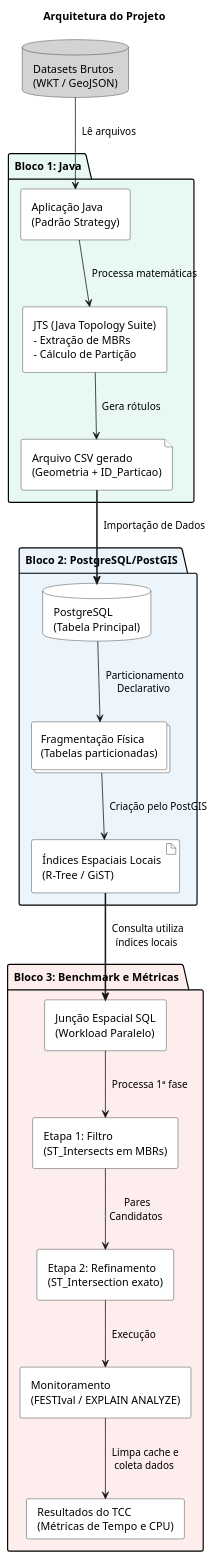
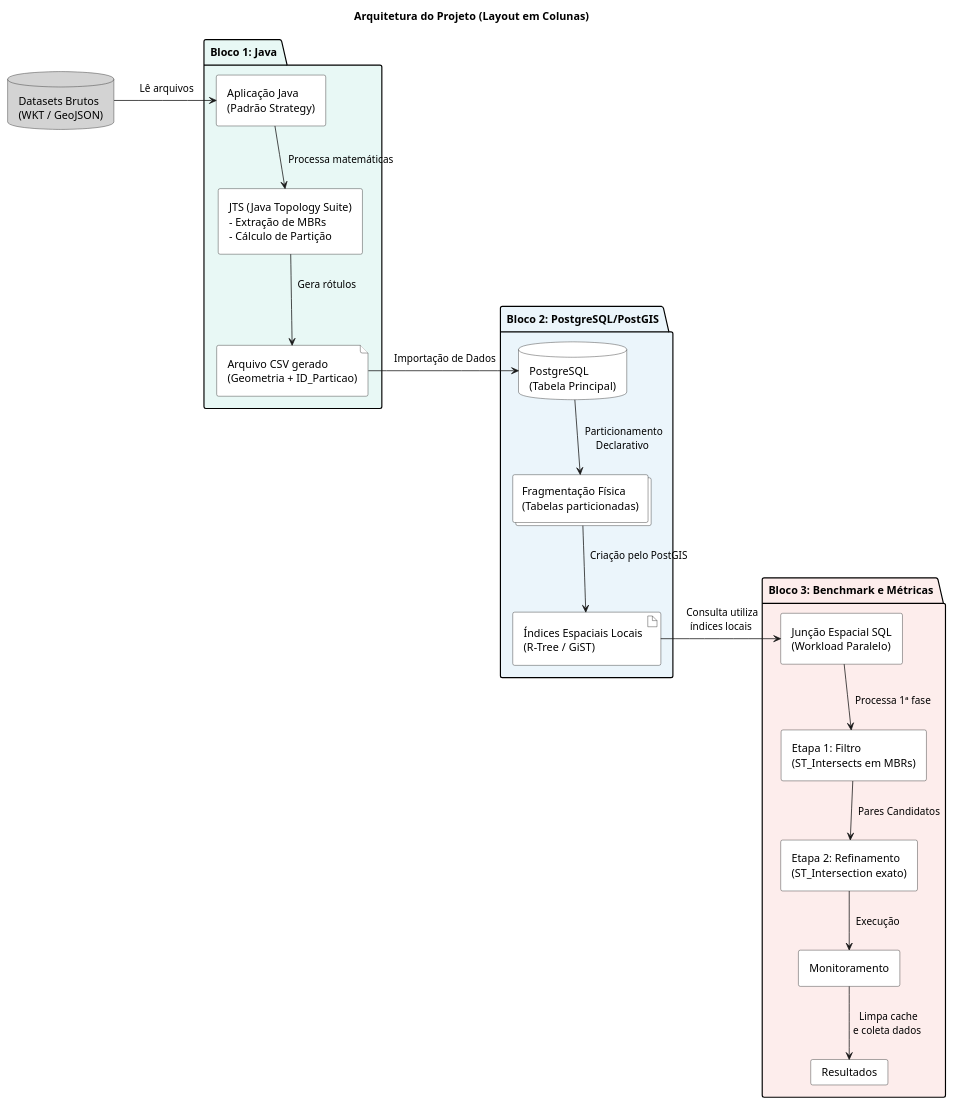
Before and after one commit to papatrock/tcc: the diagram in diagrama.puml, drawn with PlantUML.

Commit message:
atualiza diagrama

```diff
--- a/diagrama.puml
+++ b/diagrama.puml
@@ -1,52 +1,54 @@
 @startuml
 skinparam componentStyle rectangle
 skinparam padding 4
-skinparam nodesep 60
-skinparam ranksep 60
+skinparam nodesep 50
+skinparam ranksep 50
 
-title Arquitetura do Projeto
+title Arquitetura do Projeto (Layout em Colunas)
 
 database "Datasets Brutos\n(WKT / GeoJSON)" as raw_data #LightGray
 
 package "Bloco 1: Java" #E8F8F5 {
     component "Aplicação Java\n(Padrão Strategy)" as java_app #White
     component "JTS (Java Topology Suite)\n- Extração de MBRs\n- Cálculo de Partição" as jts #White
     file "Arquivo CSV gerado\n(Geometria + ID_Particao)" as csv_out #White
 }
 
 package "Bloco 2: PostgreSQL/PostGIS" #EBF5FB {
     database "PostgreSQL\n(Tabela Principal)" as pg_main #White
     collections "Fragmentação Física\n(Tabelas particionadas)" as particoes #White
     artifact "Índices Espaciais Locais\n(R-Tree / GiST)" as indices #White
 }
 
 package "Bloco 3: Benchmark e Métricas" #FDEDEC {
     component "Junção Espacial SQL\n(Workload Paralelo)" as workload #White
     component "Etapa 1: Filtro\n(ST_Intersects em MBRs)" as filtro #White
     component "Etapa 2: Refinamento\n(ST_Intersection exato)" as refino #White
-    component "Monitoramento\n(FESTIval / EXPLAIN ANALYZE)" as monitor #White
-    card "Resultados do TCC\n(Métricas de Tempo e CPU)" as resultados #White
+    component "Monitoramento" as monitor #White
+    card "Resultados" as resultados #White
 }
 
-' Relacionamentos Bloco 1
-raw_data --> java_app : " Lê arquivos"
-java_app --> jts : " Processa matemáticas"
-jts --> csv_out : " Gera rótulos"
+' Entrada forçada para a direita
+raw_data -right-> java_app : " Lê arquivos"
 
-' Relacionamentos Transição 1 -> 2
-csv_out ==> pg_main : " Importação de Dados"
+' Relacionamentos internos Bloco 1 (Para baixo)
+java_app -down-> jts : " Processa matemáticas"
+jts -down-> csv_out : " Gera rótulos"
 
-' Relacionamentos Bloco 2
-pg_main --> particoes : " Particionamento\nDeclarativo"
-particoes --> indices : " Criação pelo PostGIS"
+' Transição Bloco 1 -> 2 (Forçada para a direita)
+csv_out -right-> pg_main : " Importação de Dados"
 
-' Relacionamentos Transição 2 -> 3
-indices ==> workload : " Consulta utiliza\níndices locais"
+' Relacionamentos internos Bloco 2 (Para baixo)
+pg_main -down-> particoes : " Particionamento\nDeclarativo"
+particoes -down-> indices : " Criação pelo PostGIS"
 
-' Relacionamentos Bloco 3
-workload --> filtro : " Processa 1ª fase"
-filtro --> refino : " Pares\nCandidatos"
-refino --> monitor : " Execução"
-monitor --> resultados : " Limpa cache e\ncoleta dados"
+' Transição Bloco 2 -> 3 (Forçada para a direita)
+indices -right-> workload : " Consulta utiliza\níndices locais"
+
+' Relacionamentos internos Bloco 3 (Para baixo)
+workload -down-> filtro : " Processa 1ª fase"
+filtro -down-> refino : " Pares Candidatos"
+refino -down-> monitor : " Execução"
+monitor -down-> resultados : " Limpa cache\ne coleta dados"
 
 @enduml
```
